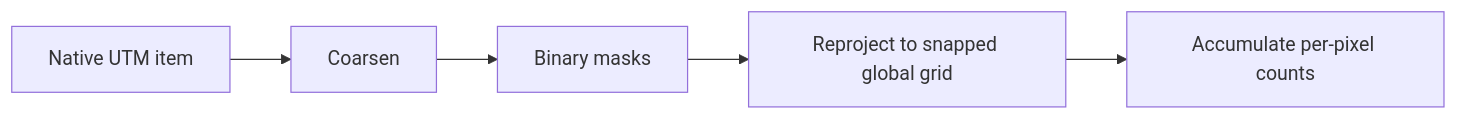
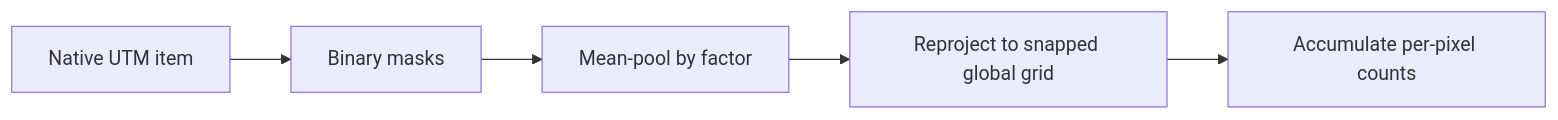
Before and after one commit to opageo/atlantis: the second of 2 diagrams in docs/gfm/internals.md, drawn with Mermaid. The commit also changed other lines of this file and 7 other files, not shown here.

````diff
--- a/docs/gfm/internals.md
+++ b/docs/gfm/internals.md
@@ -177,7 +187,7 @@
 ```mermaid
 flowchart LR
-    A["Native UTM item"] --> B["Coarsen"]
-    B --> C["Binary masks"]
+    A["Native UTM item"] --> B["Binary masks"]
+    B --> C["Mean-pool by factor"]
     C --> D["Reproject to snapped global grid"]
     D --> E["Accumulate per-pixel counts"]
 ```
````
